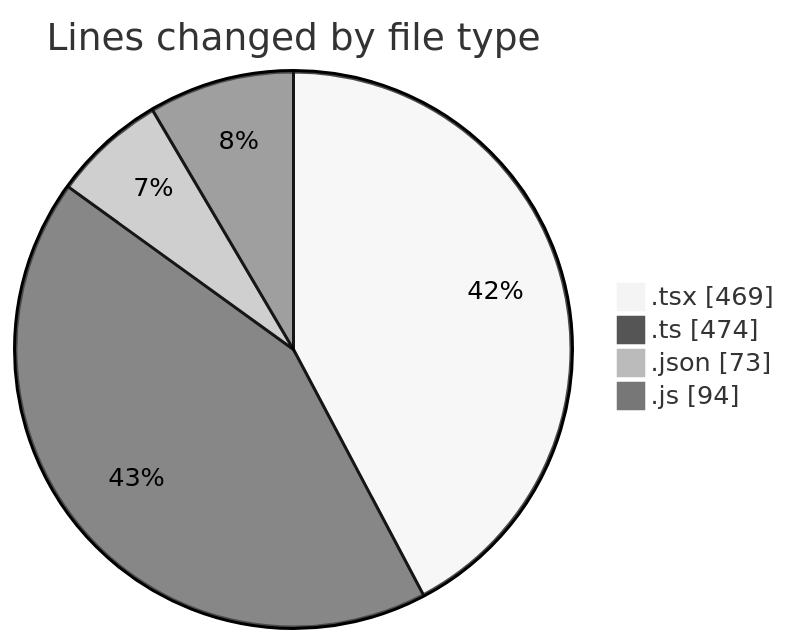
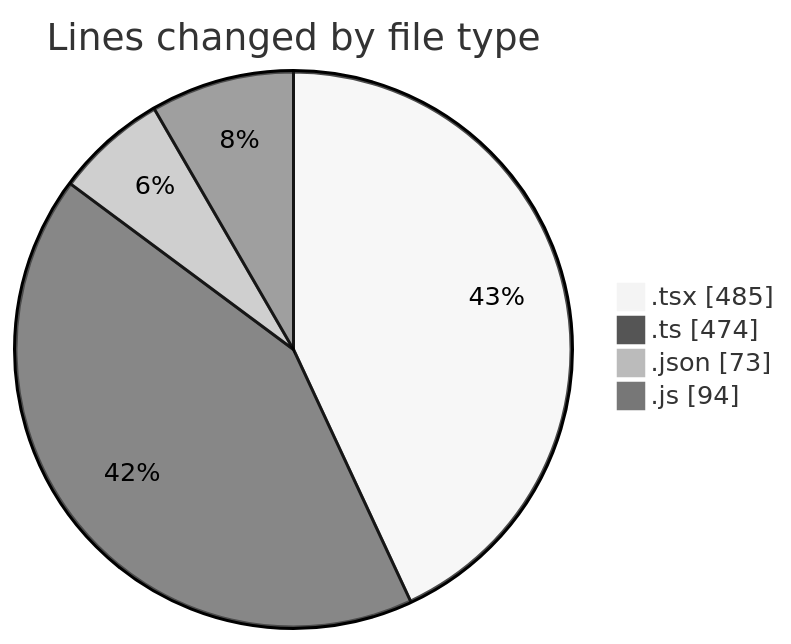
The first of 2 diagrams in 2025-01-20/mbc-web/README.md (robertbonfada/code-tracking), drawn with Mermaid (neutral theme) before and after one commit. The commit also changed other lines of this file and 1 other file, not shown here.

````diff
--- a/2025-01-20/mbc-web/README.md
+++ b/2025-01-20/mbc-web/README.md
@@ -32,8 +32,8 @@
 ```mermaid
 pie showData
 title Lines changed by file type
-".tsx" : 469
+".tsx" : 485
 ".ts" : 474
 ".json" : 73
 ".js" : 94
 ```
````
